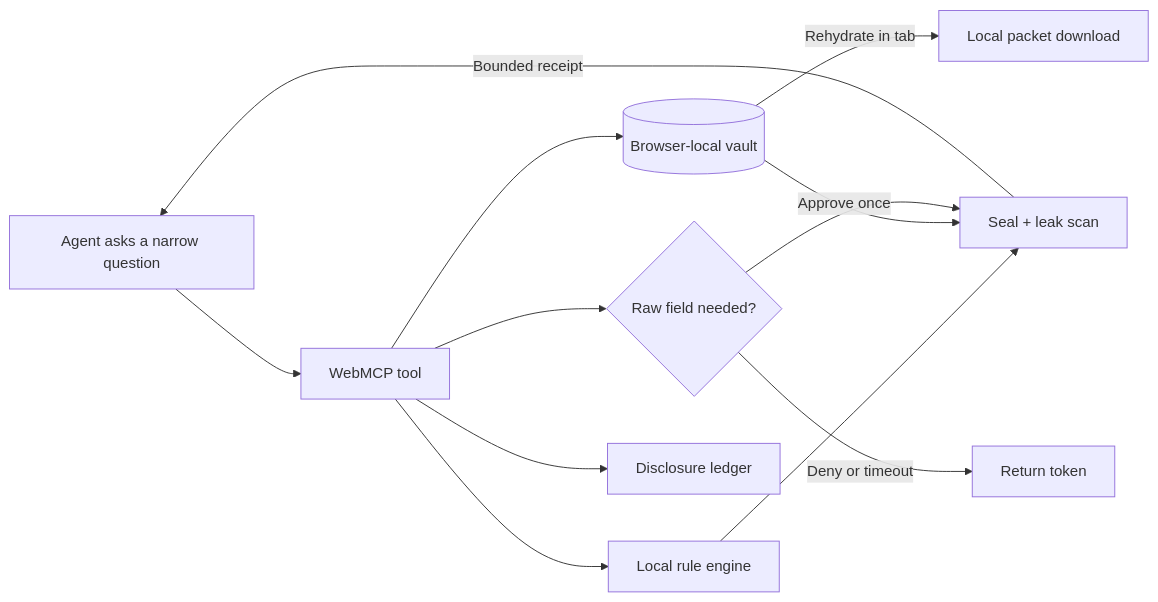
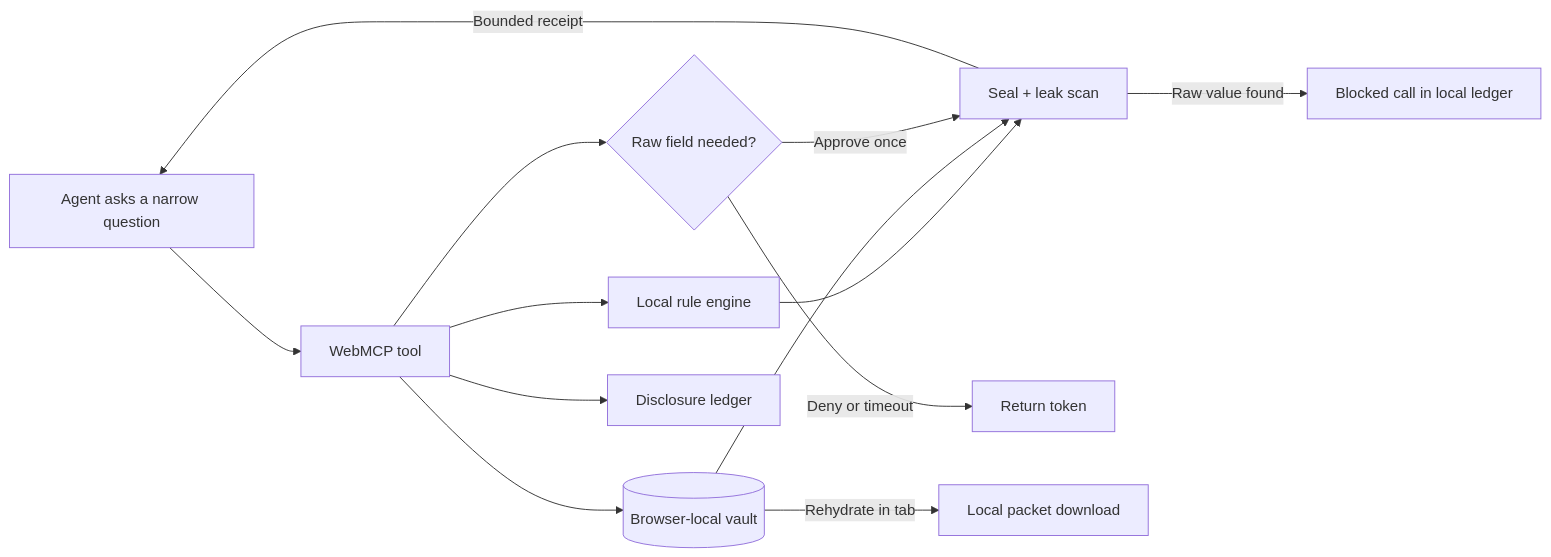
Before and after one commit to RajvardhanPatil07/paperveil: the diagram in README.md, drawn with Mermaid. The commit also changed other lines of this file and 16 other files, not shown here.

````diff
--- a/README.md
+++ b/README.md
@@ -81,14 +81,15 @@
 ```mermaid
 flowchart LR
   A[Agent asks a narrow question] --> B[WebMCP tool]
   B --> C[Local rule engine]
   B --> D[(Browser-local vault)]
   C --> E[Seal + leak scan]
   D --> E
   E -->|Bounded receipt| A
+  E -->|Raw value found| J[Blocked call in local ledger]
   B --> F{Raw field needed?}
   F -->|Deny or timeout| G[Return token]
   F -->|Approve once| E
   D -->|Rehydrate in tab| H[Local packet download]
   B --> I[Disclosure ledger]
 ```
````
